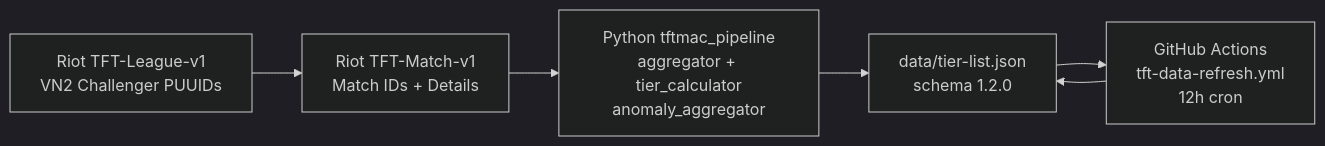
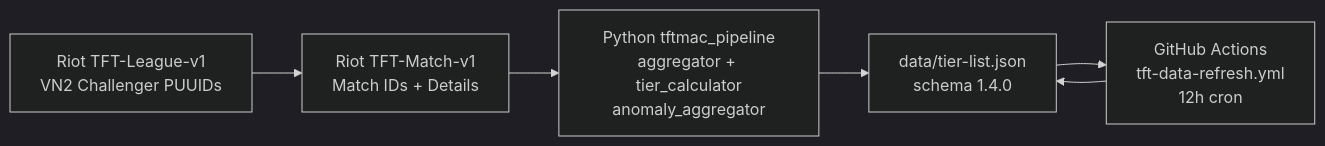
Before and after one commit to psychomafia-tiger/tft-hell-elo-for-macos: the second of 2 diagrams in docs/system-architecture.md, drawn with Mermaid (dark theme). The commit also changed other lines of this file and 3 other files, not shown here.

````diff
--- a/docs/system-architecture.md
+++ b/docs/system-architecture.md
@@ -108,8 +110,8 @@
 ```mermaid
 flowchart LR
     A["Riot TFT-League-v1\nVN2 Challenger PUUIDs"] --> B["Riot TFT-Match-v1\nMatch IDs + Details"]
     B --> C["Python tftmac_pipeline\naggregator + tier_calculator\nanomaly_aggregator"]
-    C --> D["data/tier-list.json\nschema 1.2.0"]
+    C --> D["data/tier-list.json\nschema 1.4.0"]
     D --> E["GitHub Actions\ntft-data-refresh.yml\n12h cron"]
     E --> D
 ```
````
